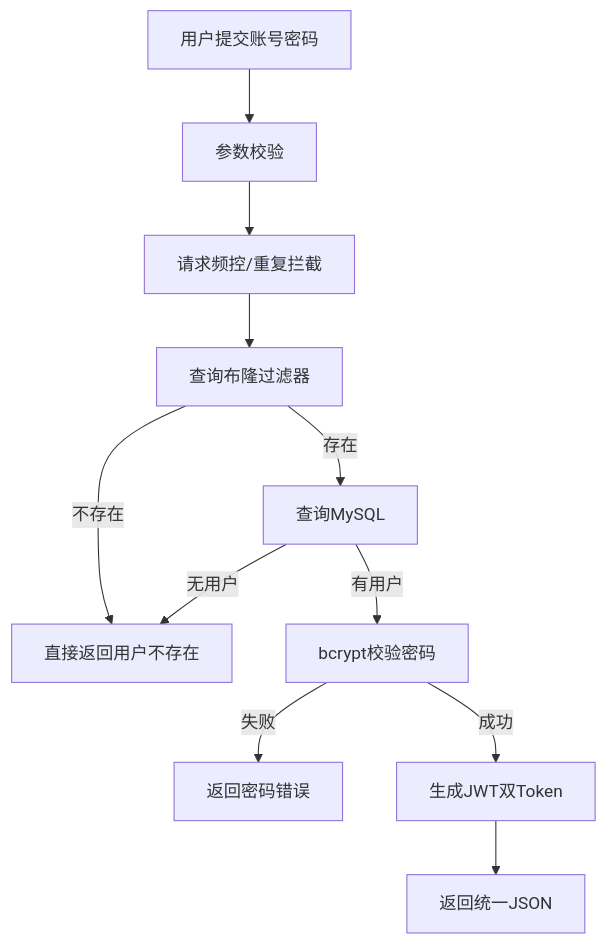
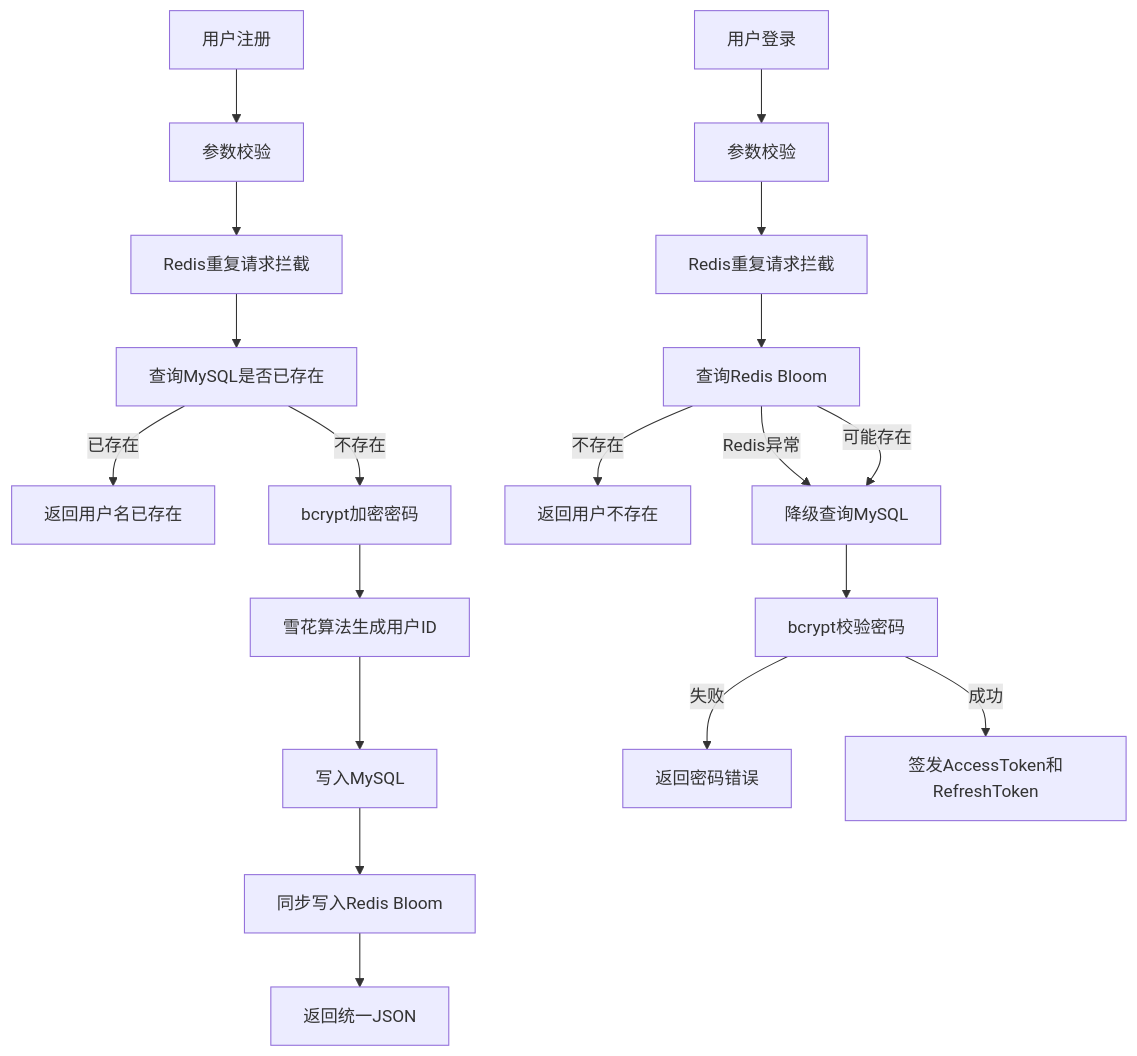
The diagram in readme_user.md (Trevonn-Liao/feed_system), drawn with Mermaid before and after one commit. The commit also changed other lines of this file and 7 other files, not shown here.

````diff
--- a/readme_user.md
+++ b/readme_user.md
@@ -5,13 +5,22 @@
 ```mermaid
 flowchart TD
-    A[用户提交账号密码] --> B[参数校验]
-    B --> C[请求频控/重复拦截]
-    C --> D[查询布隆过滤器]
-    D -- 不存在 --> E[直接返回用户不存在]
-    D -- 存在 --> F[查询MySQL]
-    F -- 无用户 --> E
-    F -- 有用户 --> G[bcrypt校验密码]
-    G -- 失败 --> H[返回密码错误]
-    G -- 成功 --> I[生成JWT双Token]
+    A[用户注册] --> B[参数校验]
+    B --> C[Redis重复请求拦截]
+    C --> D[查询MySQL是否已存在]
+    D -- 已存在 --> E[返回用户名已存在]
+    D -- 不存在 --> F[bcrypt加密密码]
+    F --> G[雪花算法生成用户ID]
+    G --> H[写入MySQL]
+    H --> I[同步写入Redis Bloom]
     I --> J[返回统一JSON]
+
+    K[用户登录] --> L[参数校验]
+    L --> M[Redis重复请求拦截]
+    M --> N[查询Redis Bloom]
+    N -- 不存在 --> O[返回用户不存在]
+    N -- Redis异常 --> P[降级查询MySQL]
+    N -- 可能存在 --> P
+    P --> Q[bcrypt校验密码]
+    Q -- 失败 --> R[返回密码错误]
+    Q -- 成功 --> S[签发AccessToken和RefreshToken]
 ```
````
